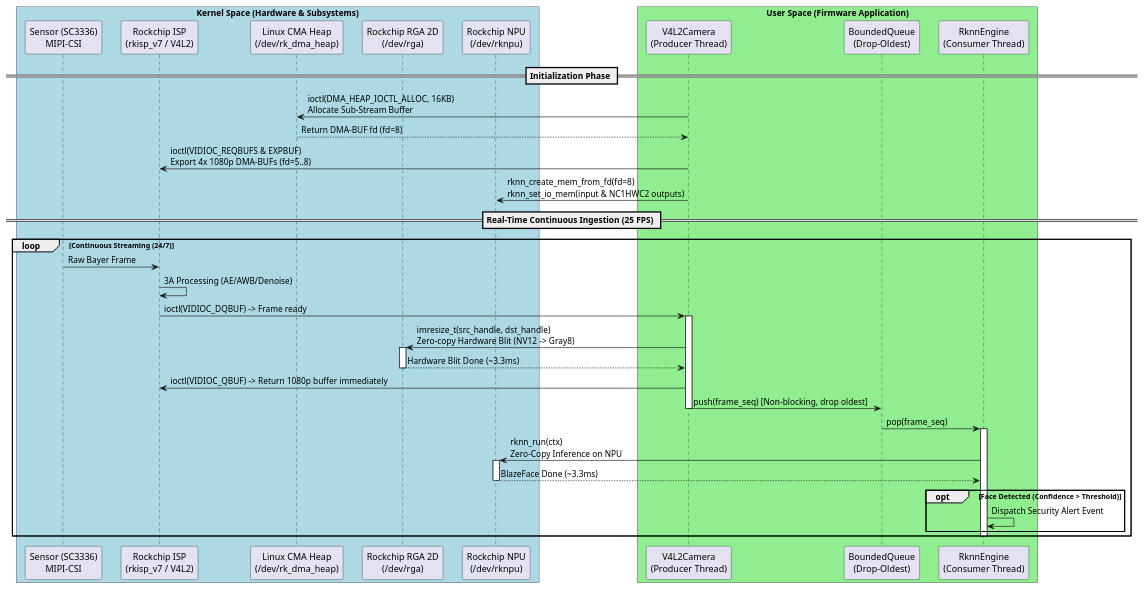
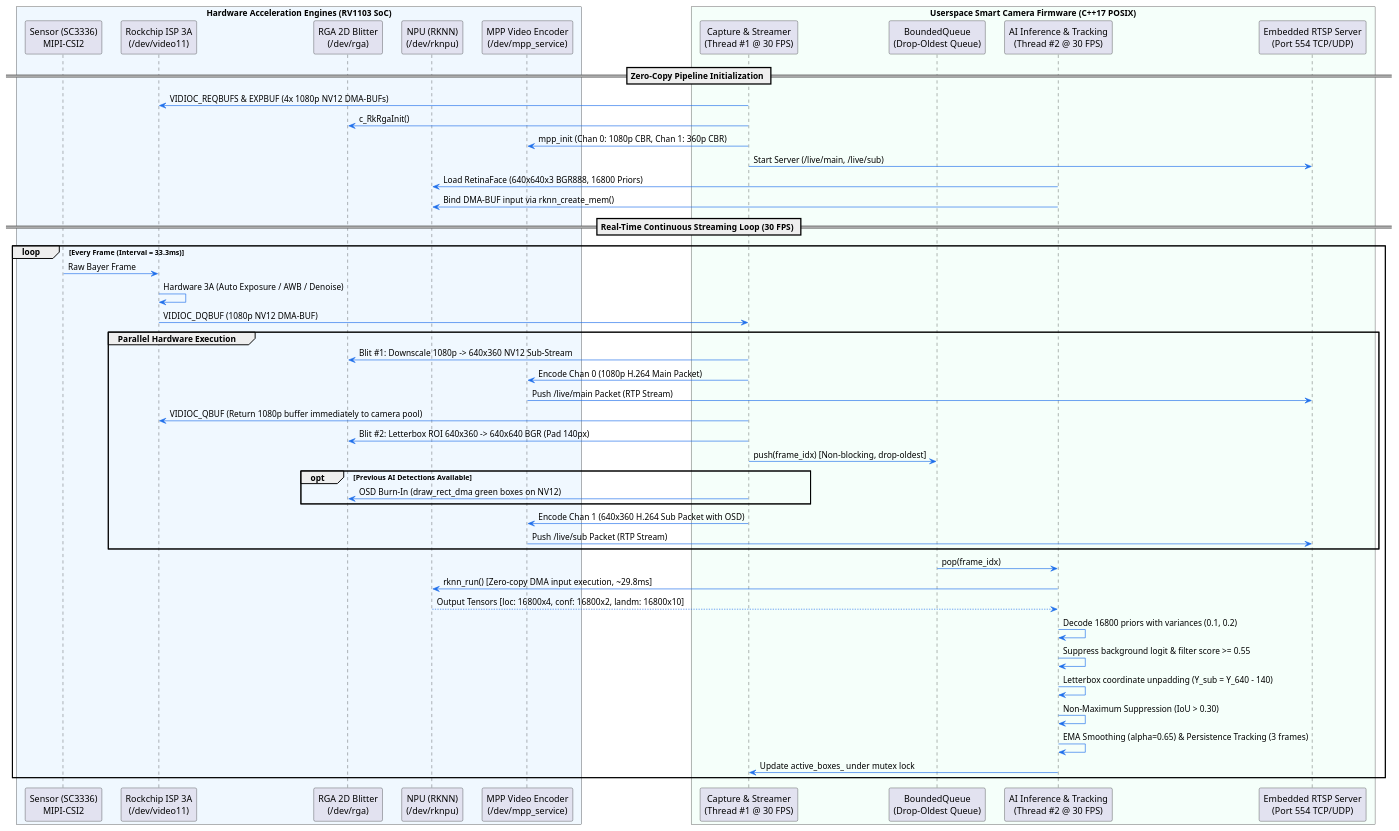
One commit to QuocHoang-git/smart-edge-camera changed the diagram in docs/diagrams/pipeline_architecture.puml. Above: the diagram before and after it, drawn with PlantUML. The commit also changed 4 other files, not shown here.

Commit message:
docs: enrich ARCHITECTURE with native Mermaid diagrams, SVG visual charts, and complete system specs

```diff
--- a/docs/diagrams/pipeline_architecture.puml
+++ b/docs/diagrams/pipeline_architecture.puml
@@ -1,54 +1,64 @@
 @startuml
 skinparam BoxPadding 10
 skinparam ParticipantPadding 10
+skinparam Shadowing false
+skinparam ArrowColor #1f6feb
 
-box "Kernel Space (Hardware & Subsystems)" #LightBlue
-participant "Sensor (SC3336)\nMIPI-CSI" as CSI
-participant "Rockchip ISP\n(rkisp_v7 / V4L2)" as ISP
-participant "Linux CMA Heap\n(/dev/rk_dma_heap)" as CMA
-participant "Rockchip RGA 2D\n(/dev/rga)" as RGA
-participant "Rockchip NPU\n(/dev/rknpu)" as NPU
+box "Hardware Acceleration Engines (RV1103 SoC)" #AliceBlue
+participant "Sensor (SC3336)\nMIPI-CSI2" as CSI
+participant "Rockchip ISP 3A\n(/dev/video11)" as ISP
+participant "RGA 2D Blitter\n(/dev/rga)" as RGA
+participant "NPU (RKNN)\n(/dev/rknpu)" as NPU
+participant "MPP Video Encoder\n(/dev/mpp_service)" as MPP
 end box
 
-box "User Space (Firmware Application)" #LightGreen
-participant "V4L2Camera\n(Producer Thread)" as PROD
-participant "BoundedQueue\n(Drop-Oldest)" as QUEUE
-participant "RknnEngine\n(Consumer Thread)" as CONS
+box "Userspace Smart Camera Firmware (C++17 POSIX)" #MintCream
+participant "Capture & Streamer\n(Thread #1 @ 30 FPS)" as STREAMER
+participant "BoundedQueue\n(Drop-Oldest Queue)" as QUEUE
+participant "AI Inference & Tracking\n(Thread #2 @ 30 FPS)" as AI_WORKER
+participant "Embedded RTSP Server\n(Port 554 TCP/UDP)" as RTSP
 end box
 
-== Initialization Phase ==
-PROD -> CMA : ioctl(DMA_HEAP_IOCTL_ALLOC, 16KB)\nAllocate Sub-Stream Buffer
-CMA --> PROD : Return DMA-BUF fd (fd=8)
-PROD -> ISP : ioctl(VIDIOC_REQBUFS & EXPBUF)\nExport 4x 1080p DMA-BUFs (fd=5..8)
-PROD -> NPU : rknn_create_mem_from_fd(fd=8)\nrknn_set_io_mem(input & NC1HWC2 outputs)
+== Zero-Copy Pipeline Initialization ==
+STREAMER -> ISP : VIDIOC_REQBUFS & EXPBUF (4x 1080p NV12 DMA-BUFs)
+STREAMER -> RGA : c_RkRgaInit()
+STREAMER -> MPP : mpp_init (Chan 0: 1080p CBR, Chan 1: 360p CBR)
+STREAMER -> RTSP : Start Server (/live/main, /live/sub)
+AI_WORKER -> NPU : Load RetinaFace (640x640x3 BGR888, 16800 Priors)
+AI_WORKER -> NPU : Bind DMA-BUF input via rknn_create_mem()
 
-== Real-Time Continuous Ingestion (25 FPS) ==
-loop Continuous Streaming (24/7)
+== Real-Time Continuous Streaming Loop (30 FPS) ==
+loop Every Frame (Interval = 33.3ms)
     CSI -> ISP : Raw Bayer Frame
-    ISP -> ISP : 3A Processing (AE/AWB/Denoise)
-    ISP -> PROD : ioctl(VIDIOC_DQBUF) -> Frame ready
+    ISP -> ISP : Hardware 3A (Auto Exposure / AWB / Denoise)
+    ISP -> STREAMER : VIDIOC_DQBUF (1080p NV12 DMA-BUF)
+
+    group Parallel Hardware Execution
+        STREAMER -> RGA : Blit #1: Downscale 1080p -> 640x360 NV12 Sub-Stream
+        STREAMER -> MPP : Encode Chan 0 (1080p H.264 Main Packet)
+        MPP -> RTSP : Push /live/main Packet (RTP Stream)
+        STREAMER -> ISP : VIDIOC_QBUF (Return 1080p buffer immediately to camera pool)
+
+        STREAMER -> RGA : Blit #2: Letterbox ROI 640x360 -> 640x640 BGR (Pad 140px)
+        STREAMER -> QUEUE : push(frame_idx) [Non-blocking, drop-oldest]
+        
+        opt Previous AI Detections Available
+            STREAMER -> RGA : OSD Burn-In (draw_rect_dma green boxes on NV12)
+        end
+        
+        STREAMER -> MPP : Encode Chan 1 (640x360 H.264 Sub Packet with OSD)
+        MPP -> RTSP : Push /live/sub Packet (RTP Stream)
+    end
+
+    QUEUE -> AI_WORKER : pop(frame_idx)
+    AI_WORKER -> NPU : rknn_run() [Zero-copy DMA input execution, ~29.8ms]
+    NPU --> AI_WORKER : Output Tensors [loc: 16800x4, conf: 16800x2, landm: 16800x10]
     
-    activate PROD
-    PROD -> RGA : imresize_t(src_handle, dst_handle)\nZero-copy Hardware Blit (NV12 -> Gray8)
-    activate RGA
-    RGA --> PROD : Hardware Blit Done (~3.3ms)
-    deactivate RGA
-    
-    PROD -> ISP : ioctl(VIDIOC_QBUF) -> Return 1080p buffer immediately
-    
-    PROD -> QUEUE : push(frame_seq) [Non-blocking, drop oldest]
-    deactivate PROD
-    
-    QUEUE -> CONS : pop(frame_seq)
-    activate CONS
-    CONS -> NPU : rknn_run(ctx)\nZero-Copy Inference on NPU
-    activate NPU
-    NPU --> CONS : BlazeFace Done (~3.3ms)
-    deactivate NPU
-    
-    opt Face Detected (Confidence > Threshold)
-        CONS -> CONS : Dispatch Security Alert Event
-    end
-    deactivate CONS
+    AI_WORKER -> AI_WORKER : Decode 16800 priors with variances (0.1, 0.2)
+    AI_WORKER -> AI_WORKER : Suppress background logit & filter score >= 0.55
+    AI_WORKER -> AI_WORKER : Letterbox coordinate unpadding (Y_sub = Y_640 - 140)
+    AI_WORKER -> AI_WORKER : Non-Maximum Suppression (IoU > 0.30)
+    AI_WORKER -> AI_WORKER : EMA Smoothing (alpha=0.65) & Persistence Tracking (3 frames)
+    AI_WORKER -> STREAMER : Update active_boxes_ under mutex lock
 end
 @enduml
```
